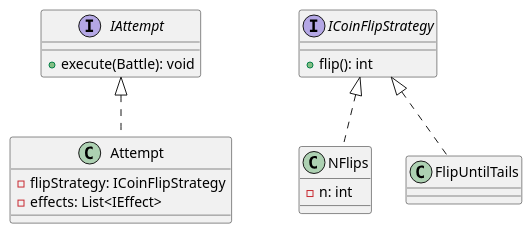
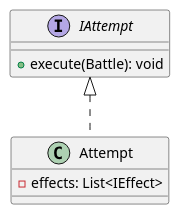
Before and after one commit to Richie-Moon/TCGPocketBattler: the diagram in docs/UML/IAttempt.puml, drawn with PlantUML. The commit also changed 2 other files, not shown here.

Commit message:
feat: started UML diagrams for IEffect, IFlipStrategy

```diff
--- a/docs/UML/IAttempt.puml
+++ b/docs/UML/IAttempt.puml
@@ -1,24 +1,14 @@
 @startuml
 
 interface IAttempt {
     + execute(Battle): void
 }
 
+/'Possible to completely cutout IAttempt and move List<Effect> into IAction? '/
+
 class Attempt implements IAttempt {
-    - flipStrategy: ICoinFlipStrategy
     - effects: List<IEffect>
 }
 
-interface ICoinFlipStrategy {
-    + flip(): int
-}
-
-class NFlips implements ICoinFlipStrategy {
-    - n: int
-}
-
-class FlipUntilTails implements ICoinFlipStrategy {
-    
-}
 
 @enduml
```
